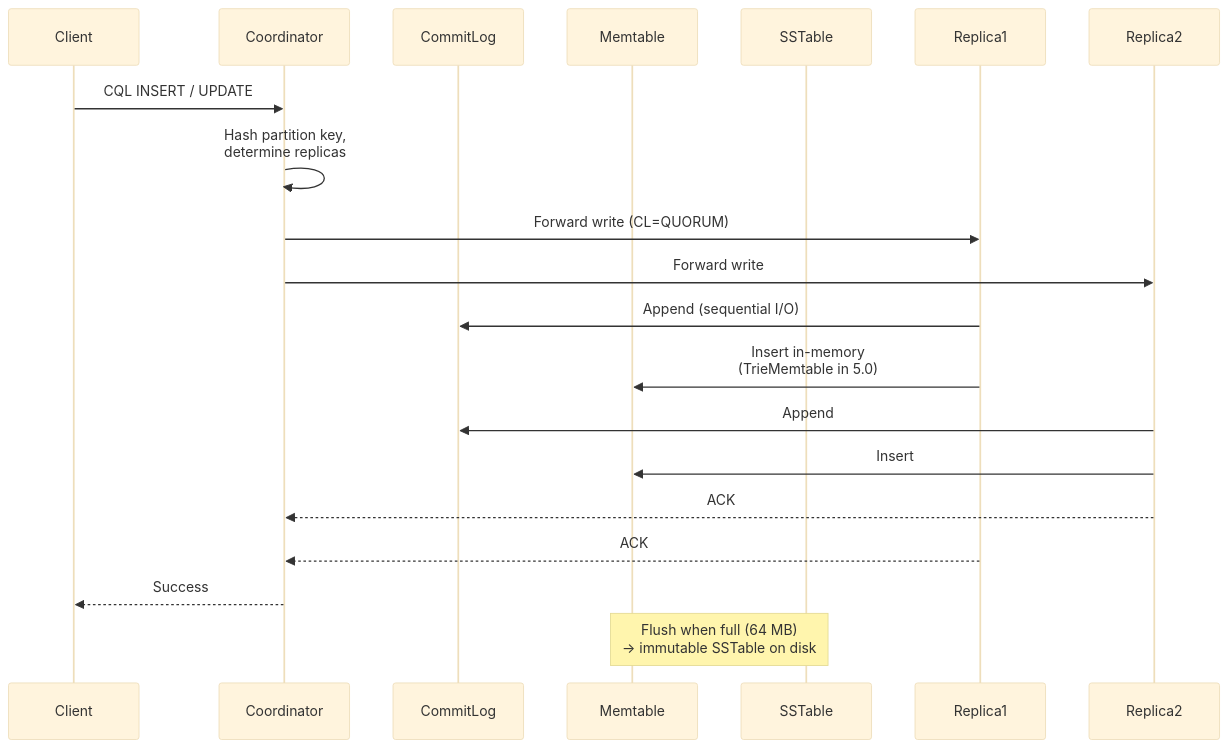
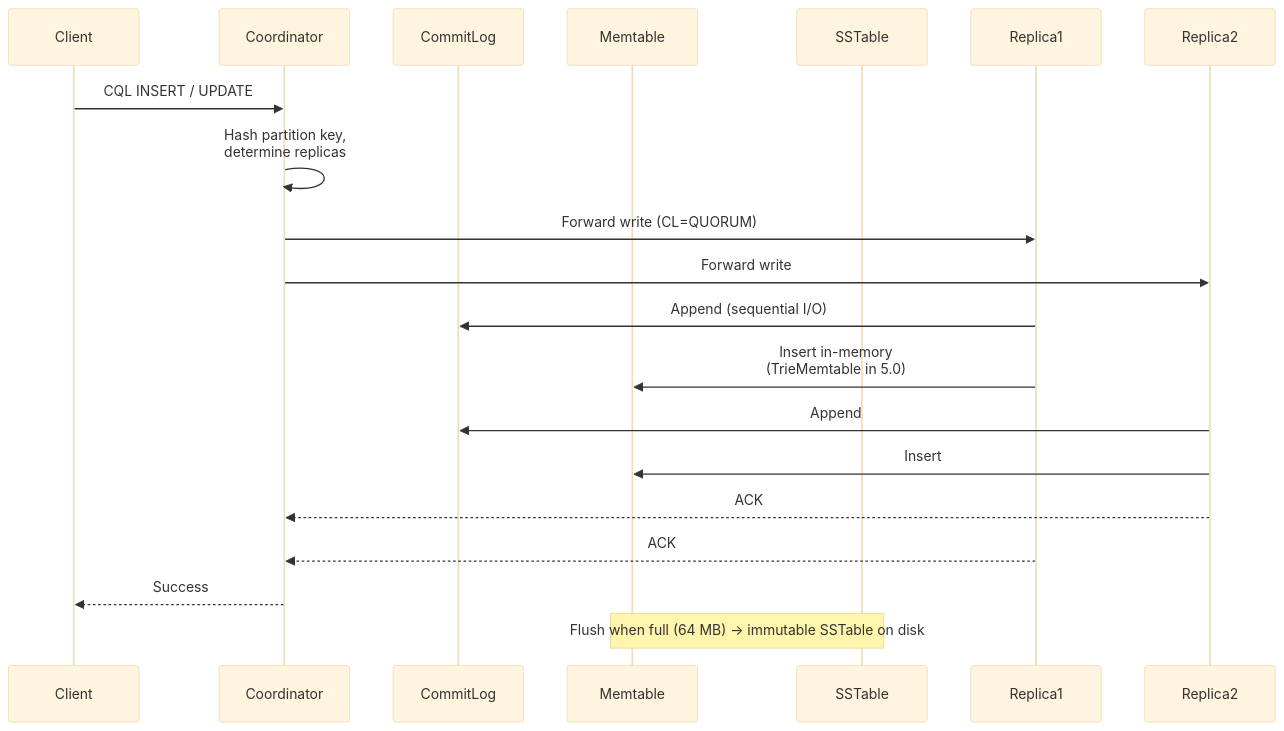
Before and after one commit to iliazlobin/iliazlobin.github.io: the diagram in _designs/tech-apache-cassandra.md, drawn with Mermaid (base theme). The commit also changed 131 other files, not shown here.

````diff
--- a/_designs/tech-apache-cassandra.md
+++ b/_designs/tech-apache-cassandra.md
@@ -81,20 +81,20 @@
 ```mermaid
 sequenceDiagram
     participant Client
     participant Coordinator
     participant CommitLog
     participant Memtable
     participant SSTable
     Client->>Coordinator: CQL INSERT / UPDATE
     Coordinator->>Coordinator: Hash partition key,<br/>determine replicas
     Coordinator->>Replica1: Forward write (CL=QUORUM)
     Coordinator->>Replica2: Forward write
     Replica1->>CommitLog: Append (sequential I/O)
     Replica1->>Memtable: Insert in-memory<br/>(TrieMemtable in 5.0)
     Replica2->>CommitLog: Append
     Replica2->>Memtable: Insert
     Replica2-->>Coordinator: ACK
     Replica1-->>Coordinator: ACK
     Coordinator-->>Client: Success
-    Note over Memtable,SSTable: Flush when full (64 MB)<br/> -> immutable SSTable on disk
+    Note over Memtable,SSTable: Flush when full (64 MB) -> immutable SSTable on disk
 ```
````
